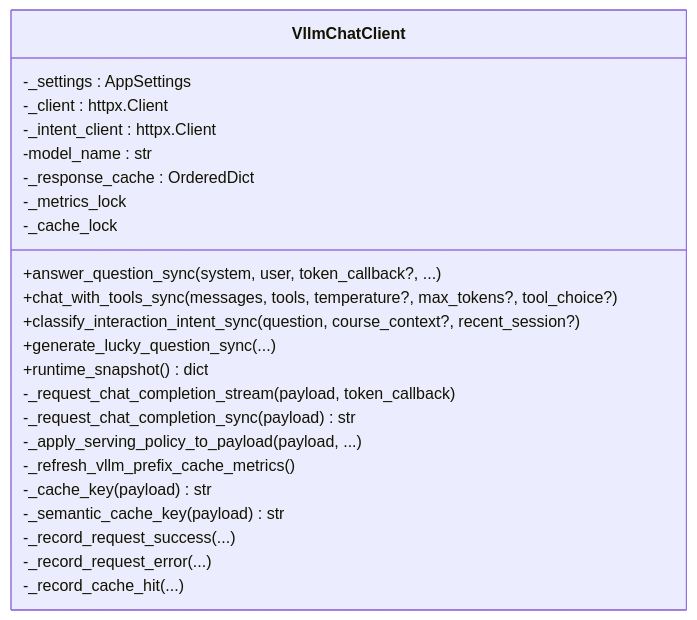
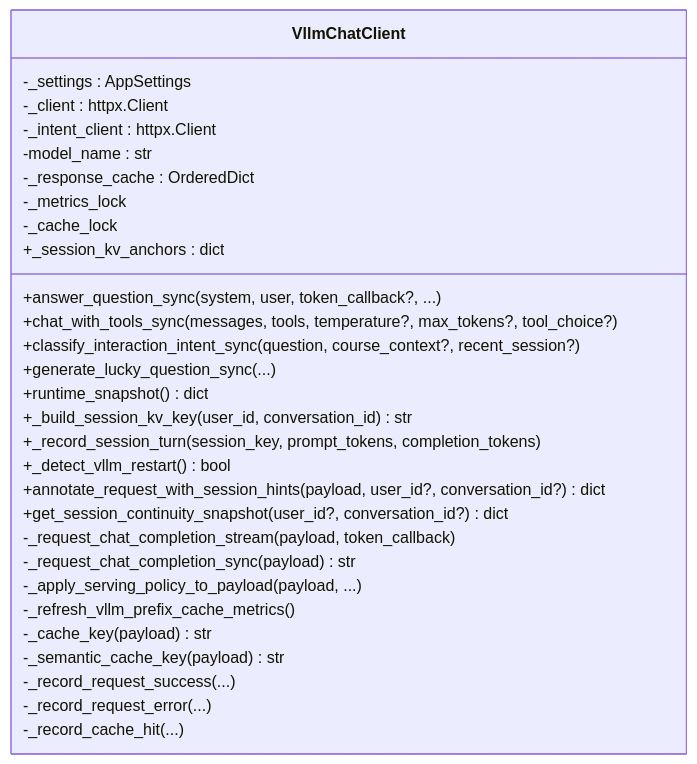
One commit to intellistream/sage-mate changed the third of 11 diagrams in .qoder/repowiki/en/content/Integration and Extensions/LLM Client Architecture.md. Above: the diagram before and after it, drawn with Mermaid. The commit also changed other lines of this file and 115 other files, not shown here.

````diff
--- a/.qoder/repowiki/en/content/Integration and Extensions/LLM Client Architecture.md
+++ b/.qoder/repowiki/en/content/Integration and Extensions/LLM Client Architecture.md
@@ -179,26 +200,32 @@
 ```mermaid
 classDiagram
 class VllmChatClient {
 -_settings : AppSettings
 -_client : httpx.Client
 -_intent_client : httpx.Client
 -model_name : str
 -_response_cache : OrderedDict
 -_metrics_lock
 -_cache_lock
++_session_kv_anchors : dict
 +answer_question_sync(system, user, token_callback?, ...)
 +chat_with_tools_sync(messages, tools, temperature?, max_tokens?, tool_choice?)
 +classify_interaction_intent_sync(question, course_context?, recent_session?)
 +generate_lucky_question_sync(...)
 +runtime_snapshot() dict
++_build_session_kv_key(user_id, conversation_id) str
++_record_session_turn(session_key, prompt_tokens, completion_tokens)
++_detect_vllm_restart() bool
++annotate_request_with_session_hints(payload, user_id?, conversation_id?) dict
++get_session_continuity_snapshot(user_id?, conversation_id?) dict
 -_request_chat_completion_stream(payload, token_callback)
 -_request_chat_completion_sync(payload) str
 -_apply_serving_policy_to_payload(payload, ...)
 -_refresh_vllm_prefix_cache_metrics()
 -_cache_key(payload) str
 -_semantic_cache_key(payload) str
 -_record_request_success(...)
 -_record_request_error(...)
 -_record_cache_hit(...)
 }
 ```
````
